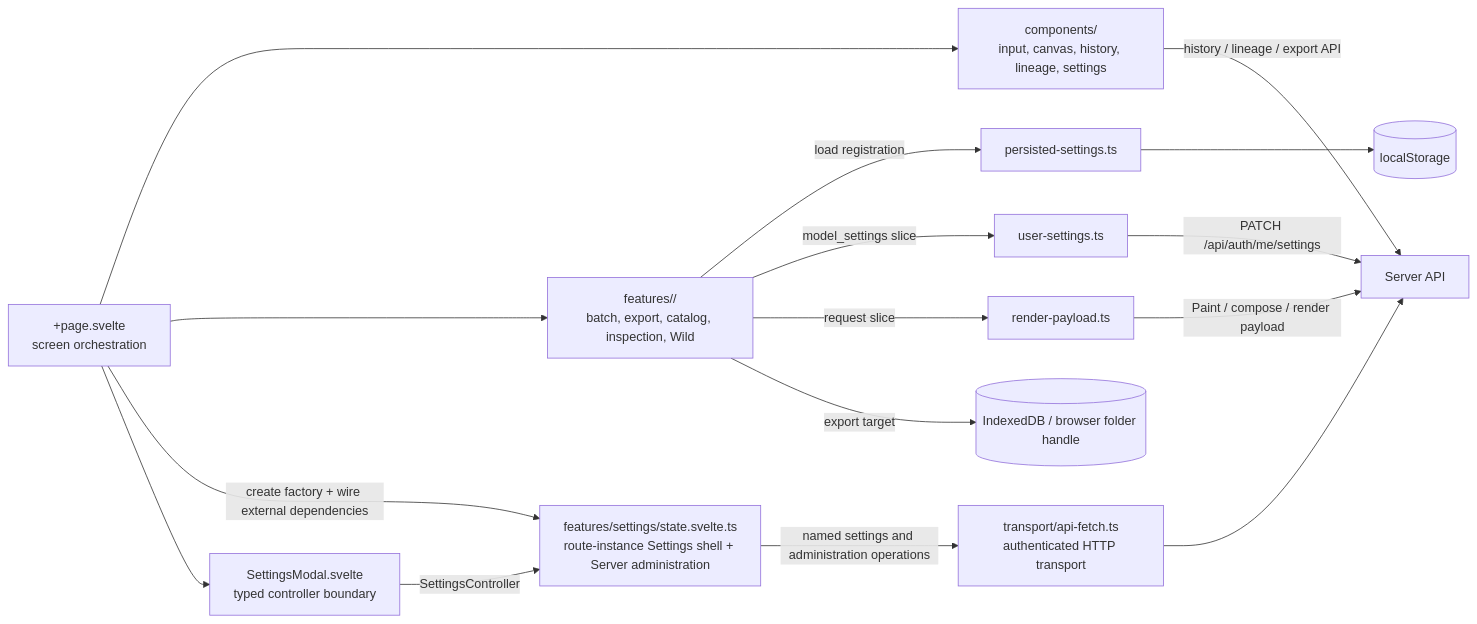
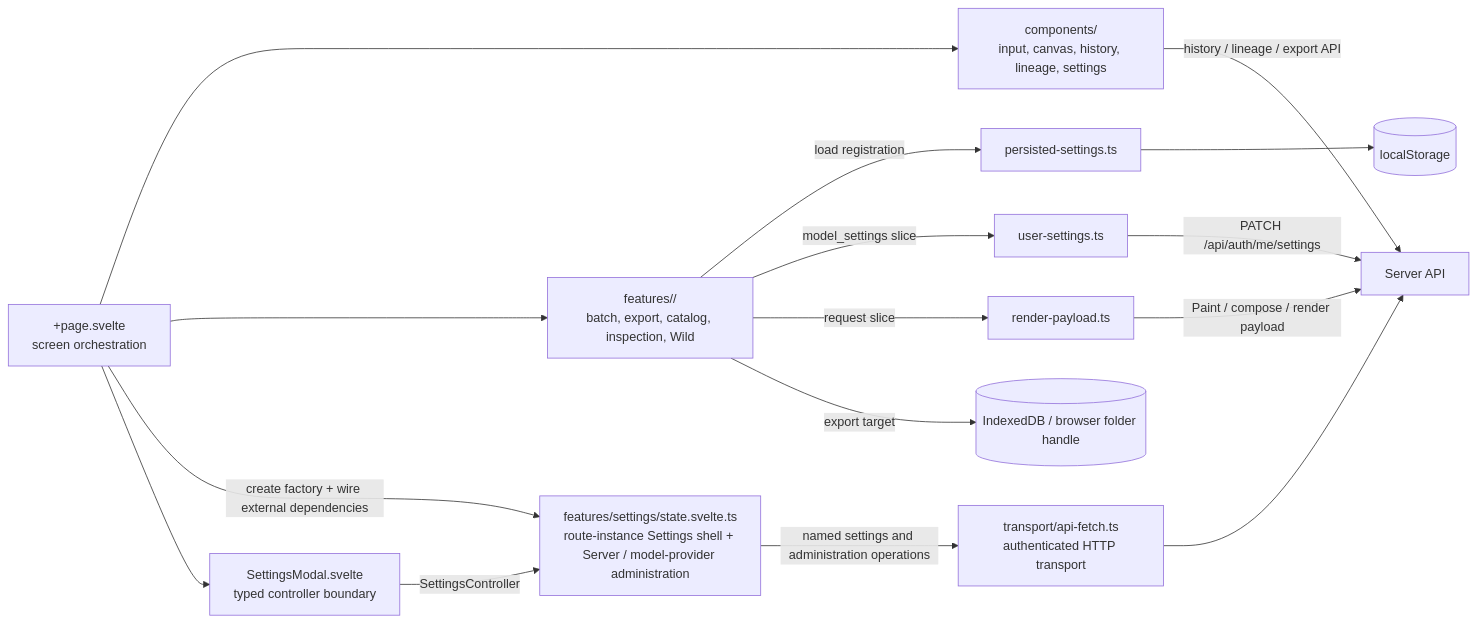
One commit to oikawas/inku-lang changed the second of 2 diagrams in docs/architecture/client-boundaries.md. Above: the diagram before and after it, drawn with Mermaid. The commit also changed other lines of this file and 6 other files, not shown here.

Commit message:
refactor(web): move model provider administration to settings owner

````diff
--- a/docs/architecture/client-boundaries.md
+++ b/docs/architecture/client-boundaries.md
@@ -31,31 +31,31 @@
 ```mermaid
 flowchart LR
     PAGE["+page.svelte\nscreen orchestration"]
     COMPONENTS["components/\ninput, canvas, history, lineage, settings"]
     FEATURES["features/<name>/\nbatch, export, catalog, inspection, Wild"]
-    SETTINGS["features/settings/state.svelte.ts\nroute-instance Settings shell + Server administration"]
+    SETTINGS["features/settings/state.svelte.ts\nroute-instance Settings shell + Server / model-provider administration"]
     SETTINGS_MODAL["SettingsModal.svelte\ntyped controller boundary"]
     TRANSPORT["transport/api-fetch.ts\nauthenticated HTTP transport"]
     PERSIST["persisted-settings.ts"]
     USERSET["user-settings.ts"]
     PAYLOAD["render-payload.ts"]
     LOCAL[("localStorage")]
     INDEXED[("IndexedDB / browser folder handle")]
     API["Server API"]
 
     PAGE --> COMPONENTS
     PAGE --> FEATURES
     PAGE -->|"create factory + wire external dependencies"| SETTINGS
     PAGE --> SETTINGS_MODAL
     SETTINGS_MODAL -->|"SettingsController"| SETTINGS
     SETTINGS -->|"named settings and administration operations"| TRANSPORT
     TRANSPORT --> API
     FEATURES -->|"load registration"| PERSIST
     FEATURES -->|"model_settings slice"| USERSET
     FEATURES -->|"request slice"| PAYLOAD
     PERSIST --> LOCAL
     USERSET -->|"PATCH /api/auth/me/settings"| API
     PAYLOAD -->|"Paint / compose / render payload"| API
     FEATURES -->|"export target"| INDEXED
     COMPONENTS -->|"history / lineage / export API"| API
 ```
````
